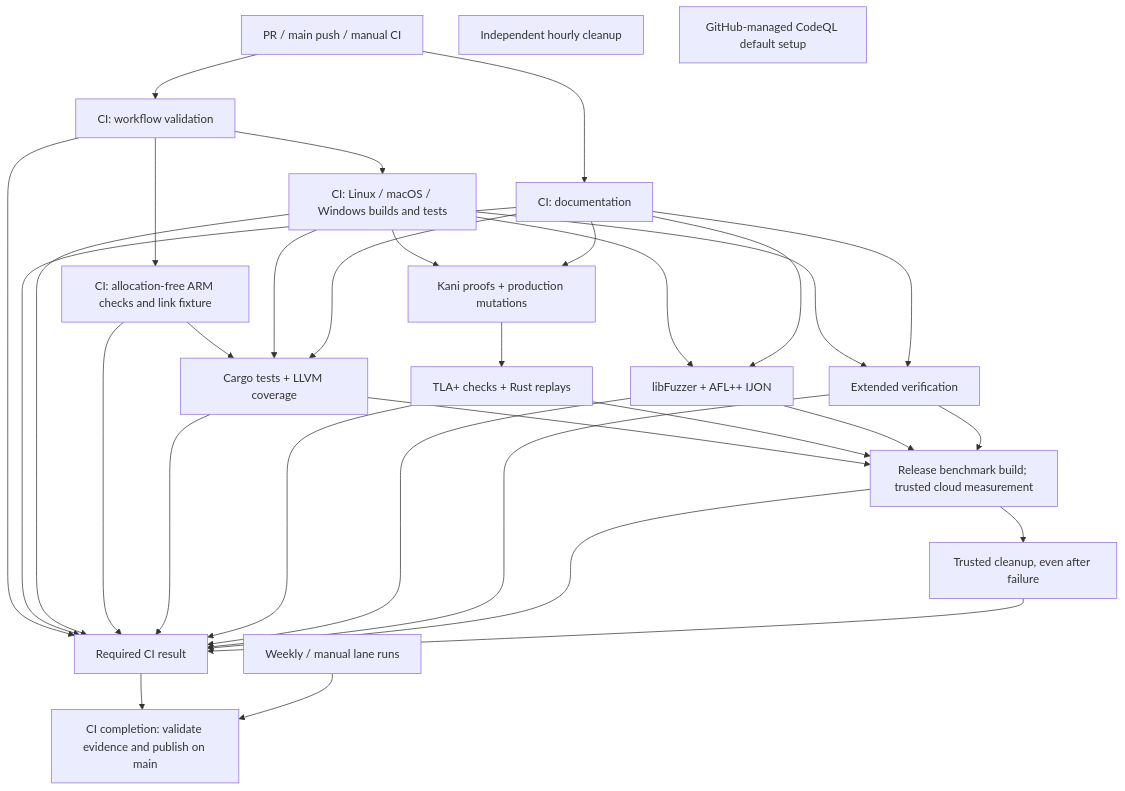
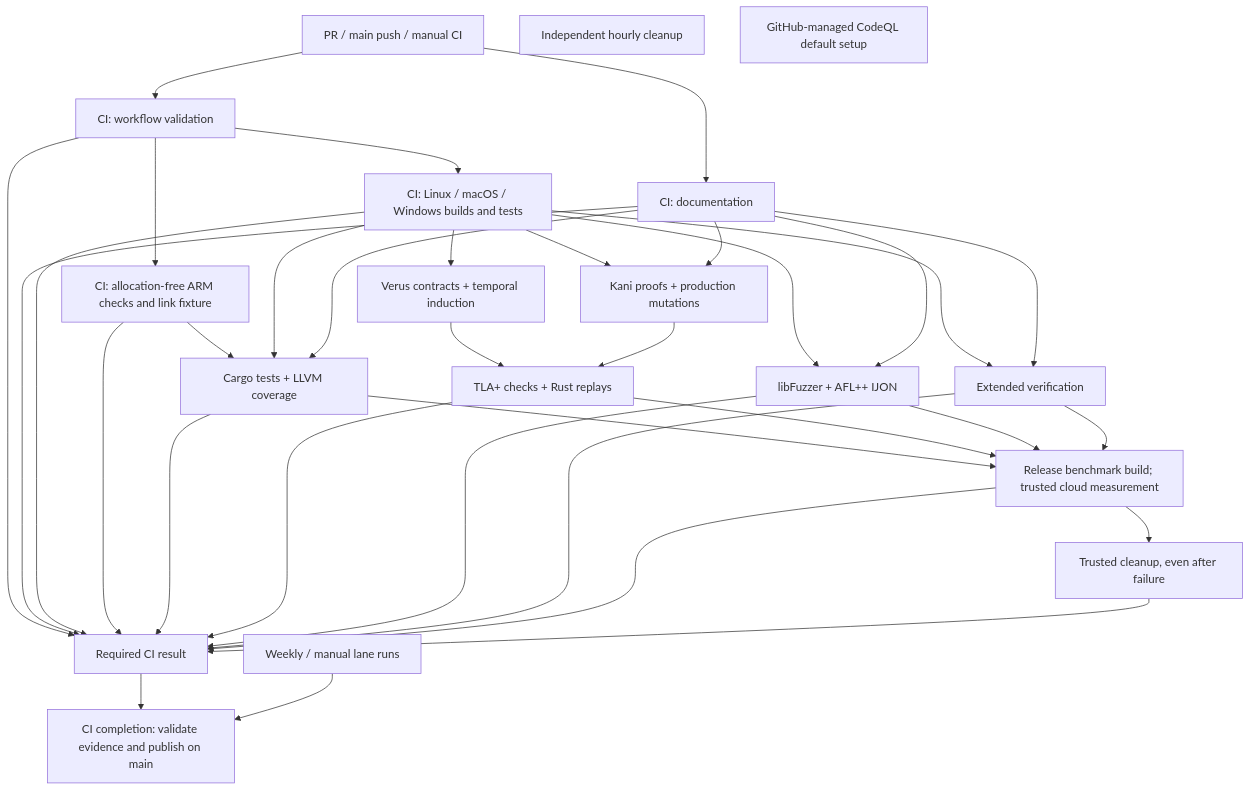
The diagram in docs/wiki/Quality-and-Benchmarks.md (DericHuynh/capntproto), drawn with Mermaid before and after one commit. The commit also changed other lines of this file and 31 other files, not shown here.

````diff
--- a/docs/wiki/Quality-and-Benchmarks.md
+++ b/docs/wiki/Quality-and-Benchmarks.md
@@ -100,21 +100,23 @@
 ```mermaid
 flowchart TD
   event[PR / main push / manual CI] --> checks[CI: workflow validation]
   event --> docs[CI: documentation]
   checks --> platforms[CI: Linux / macOS / Windows builds and tests]
   checks --> portable[CI: allocation-free ARM checks and link fixture]
   portable --> cargo
   platforms --> cargo[Cargo tests + LLVM coverage]
   platforms --> kani[Kani proofs + production mutations]
+  platforms --> verus[Verus contracts + temporal induction]
+  verus --> models
   kani --> models[TLA+ checks + Rust replays]
   platforms --> fuzz[libFuzzer + AFL++ IJON]
   platforms --> extended[Extended verification]
   docs --> cargo & kani & fuzz & extended
   cargo & models & fuzz & extended --> benchmark[Release benchmark build; trusted cloud measurement]
   benchmark --> cleanup[Trusted cleanup, even after failure]
   checks & docs & platforms & portable & cargo & models & fuzz & extended & benchmark & cleanup --> result[Required CI result]
   result --> publish[CI completion: validate evidence and publish on main]
   standalone[Weekly / manual lane runs] --> publish
   janitor[Independent hourly cleanup]
   codeql[GitHub-managed CodeQL default setup]
 ```
````
